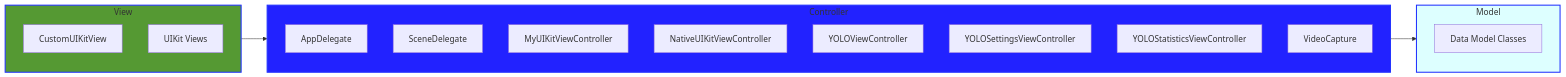
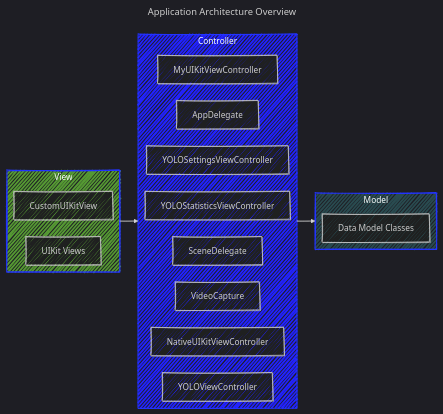
One commit to CongLeSolutionX/iOS-development-vault changed the ninth of 10 diagrams in Reversing_Engineer_through_Interfaces/Swift-generated_header_file_in_depth_in_Mermaid.md. Above: the diagram before and after it, drawn with Mermaid. The commit also changed other lines of this file and 8 other files, not shown here.

````diff
--- a/Reversing_Engineer_through_Interfaces/Swift-generated_header_file_in_depth_in_Mermaid.md
+++ b/Reversing_Engineer_through_Interfaces/Swift-generated_header_file_in_depth_in_Mermaid.md
@@ -466,29 +515,36 @@
 ```mermaid
+---
+title: Application Architecture Overview
+config:
+  layout: elk
+  look: handDrawn
+  theme: dark
+---
 flowchart LR
     subgraph Model
         style Model fill:#5FF3,stroke:#23F,stroke-width:2px
         DataModel[Data Model Classes]
     end
 
     subgraph View
         style View fill:#593,stroke:#23F,stroke-width:2px
         CustomUIKitView
         UIViews[UIKit Views]
     end
 
     subgraph Controller
         style Controller fill:#22F,stroke:#23F,stroke-width:2px
         AppDelegate
         SceneDelegate
         MyUIKitViewController
         NativeUIKitViewController
         YOLOViewController
         YOLOSettingsViewController
         YOLOStatisticsViewController
         VideoCapture
     end
 
     Controller --> Model
     View --> Controller
 
 ```
````
